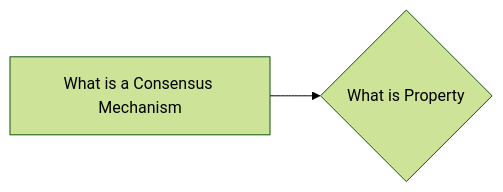
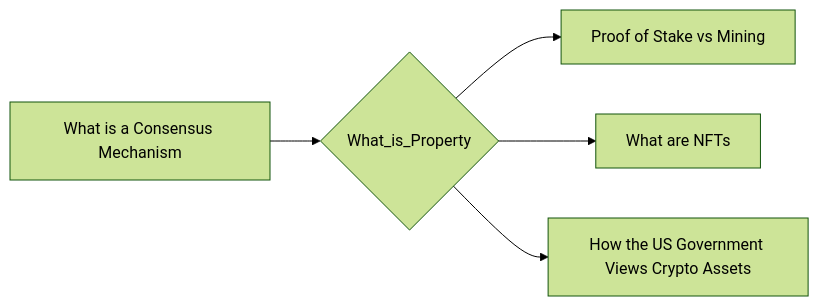
The diagram in notes/What_is_Property.md (lpurdy01/crypto-knowledge-map), drawn with Mermaid (forest theme) before and after one commit. The commit also changed 161 other files, not shown here.

````diff
--- a/notes/What_is_Property.md
+++ b/notes/What_is_Property.md
@@ -8,4 +8,7 @@
 ```mermaid
 graph LR
-1["What is a Consensus Mechanism"]-->0{"What is Property"}
+1["What is a Consensus Mechanism"]-->0{"What_is_Property"}
+0{"What_is_Property"}-->2["Proof of Stake vs Mining"]
+0{"What_is_Property"}-->3["What are NFTs"]
+0{"What_is_Property"}-->4["How the US Government Views Crypto Assets"]
 ```
````
